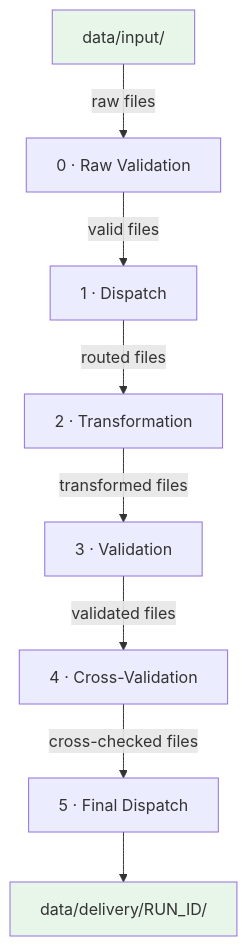
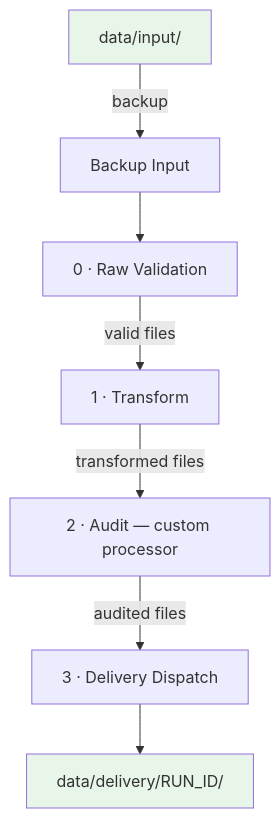
One commit to lorygaFLO/pangolin changed the diagram in docs/documentation-obsidian/Architecture Overview.md. Above: the diagram before and after it, drawn with Mermaid. The commit also changed other lines of this file and 13 other files, not shown here.

````diff
--- a/docs/documentation-obsidian/Architecture Overview.md
+++ b/docs/documentation-obsidian/Architecture Overview.md
@@ -85,13 +85,12 @@
 ```mermaid
 graph TD
-    A[data/input/] -->|raw files| S0[0 · Raw Validation]
-    S0 -->|valid files| S1[1 · Dispatch]
-    S1 -->|routed files| S2[2 · Transformation]
-    S2 -->|transformed files| S3[3 · Validation]
-    S3 -->|validated files| S4[4 · Cross-Validation]
-    S4 -->|cross-checked files| S5[5 · Final Dispatch]
-    S5 --> D[data/delivery/RUN_ID/]
+    A[data/input/] -->|backup| BK[Backup Input]
+    BK --> S0[0 · Raw Validation]
+    S0 -->|valid files| S1[1 · Transform]
+    S1 -->|transformed files| S2[2 · Audit — custom processor]
+    S2 -->|audited files| S3[3 · Delivery Dispatch]
+    S3 --> D[data/delivery/RUN_ID/]
 
     style A fill:#e8f5e9
     style D fill:#e8f5e9
 ```
````
